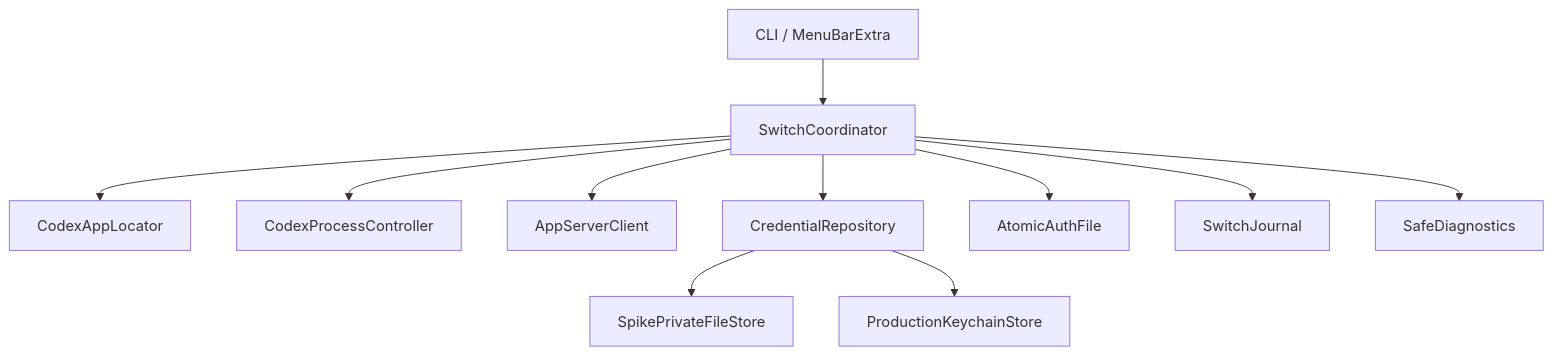
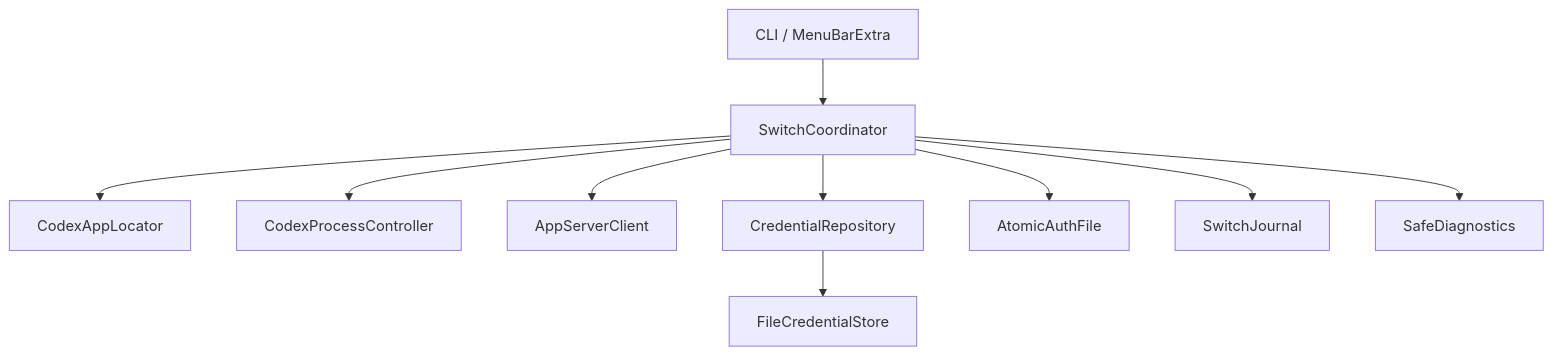
Before and after one commit to aqwsde321/codex-account-switcher-macos: the diagram in docs/05_technical_design.md, drawn with Mermaid. The commit also changed other lines of this file and 11 other files, not shown here.

````diff
--- a/docs/05_technical_design.md
+++ b/docs/05_technical_design.md
@@ -99,13 +99,12 @@
 ```mermaid
 flowchart TB
     UI["CLI / MenuBarExtra"] --> SC["SwitchCoordinator"]
     SC --> AL["CodexAppLocator"]
     SC --> PC["CodexProcessController"]
     SC --> AP["AppServerClient"]
     SC --> CR["CredentialRepository"]
     SC --> AF["AtomicAuthFile"]
     SC --> JR["SwitchJournal"]
     SC --> DG["SafeDiagnostics"]
-    CR --> FS["SpikePrivateFileStore"]
-    CR --> KC["ProductionKeychainStore"]
+    CR --> FS["FileCredentialStore"]
 ```
````
